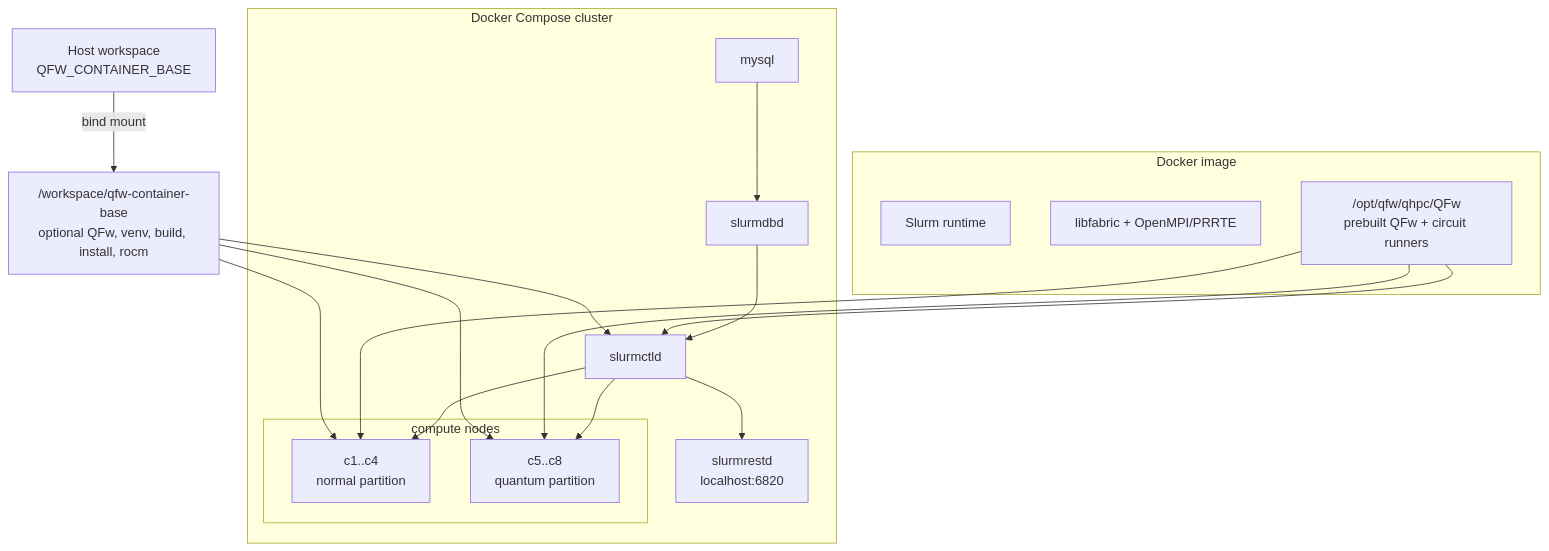
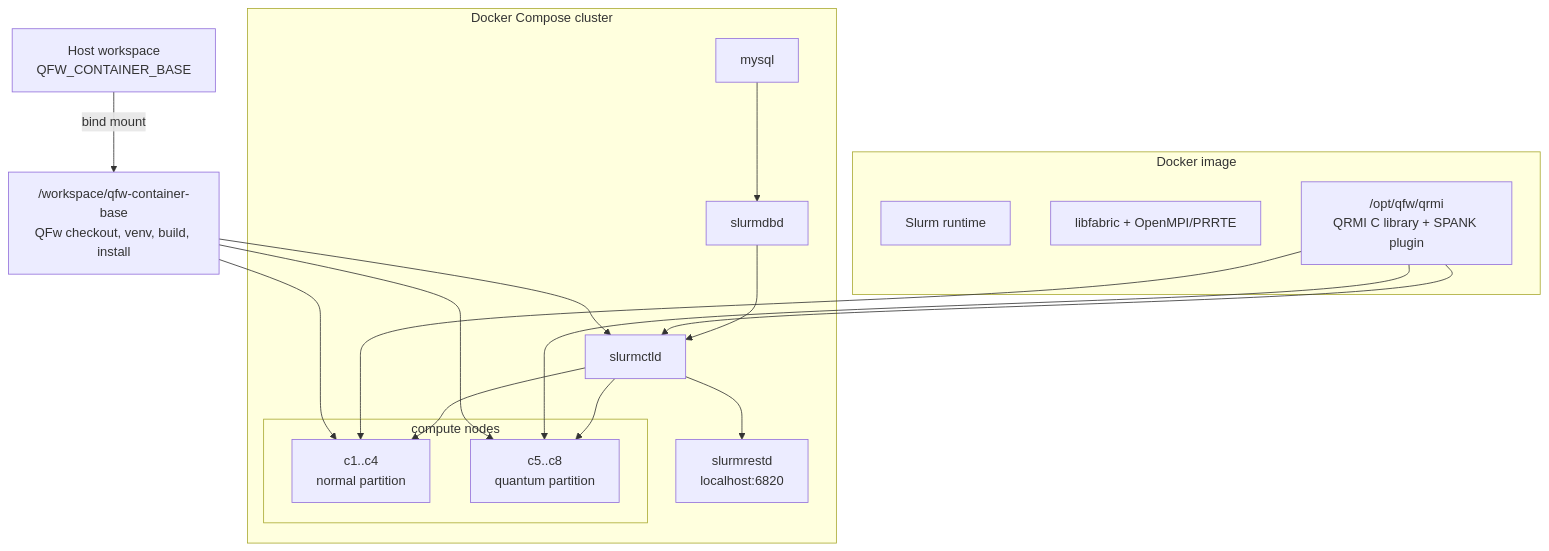
One commit to openQSE/QFw-SLURM-Cluster changed the first of 2 diagrams in README.md. Above: the diagram before and after it, drawn with Mermaid. The commit also changed other lines of this file, not shown here.

````diff
--- a/README.md
+++ b/README.md
@@ -303,33 +275,33 @@
 ```mermaid
 flowchart TB
-    host["Host workspace\nQFW_CONTAINER_BASE"] -->|bind mount| mount["/workspace/qfw-container-base\noptional QFw, venv, build, install, rocm"]
+    host["Host workspace\nQFW_CONTAINER_BASE"] -->|bind mount| mount["/workspace/qfw-container-base\nQFw checkout, venv, build, install"]
 
     subgraph img["Docker image"]
         slurm["Slurm runtime"]
         mpi["libfabric + OpenMPI/PRRTE"]
-        image_qfw["/opt/qfw/qhpc/QFw\nprebuilt QFw + circuit runners"]
+        qrmi["/opt/qfw/qrmi\nQRMI C library + SPANK plugin"]
     end
 
     subgraph cluster["Docker Compose cluster"]
         mysql["mysql"]
         dbd["slurmdbd"]
         ctl["slurmctld"]
         rest["slurmrestd\nlocalhost:6820"]
         subgraph nodes["compute nodes"]
             c1["c1..c4\nnormal partition"]
             c5["c5..c8\nquantum partition"]
         end
     end
 
     mount --> ctl
     mount --> c1
     mount --> c5
-    image_qfw --> ctl
-    image_qfw --> c1
-    image_qfw --> c5
+    qrmi --> ctl
+    qrmi --> c1
+    qrmi --> c5
     mysql --> dbd
     dbd --> ctl
     ctl --> c1
     ctl --> c5
     ctl --> rest
 ```
````
